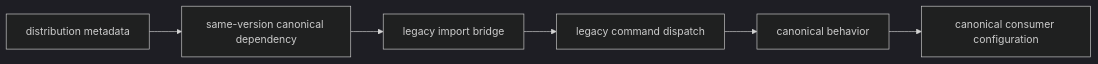
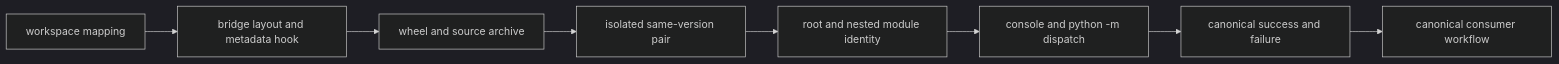
One commit to bijux/bijux-canon changed the diagram in docs/08-compat-packages/migration/validation-strategy.md. Above: the diagram before and after it, drawn with Mermaid (dark theme). The commit also changed other lines of this file and 1 other file, not shown here.

````diff
--- a/docs/08-compat-packages/migration/validation-strategy.md
+++ b/docs/08-compat-packages/migration/validation-strategy.md
@@ -34,11 +19,13 @@
 ```mermaid
 flowchart LR
-    metadata["distribution metadata"]
-    install["same-version canonical dependency"]
-    import["legacy import bridge"]
-    command["legacy command dispatch"]
-    behavior["canonical behavior"]
-    migration["canonical consumer configuration"]
+    inventory["workspace mapping"]
+    source["bridge layout and metadata hook"]
+    build["wheel and source archive"]
+    install["isolated same-version pair"]
+    imports["root and nested module identity"]
+    commands["console and python -m dispatch"]
+    behavior["canonical success and failure"]
+    consumer["canonical consumer workflow"]
 
-    metadata --> install --> import --> command --> behavior --> migration
+    inventory --> source --> build --> install --> imports --> commands --> behavior --> consumer
 ```
````
